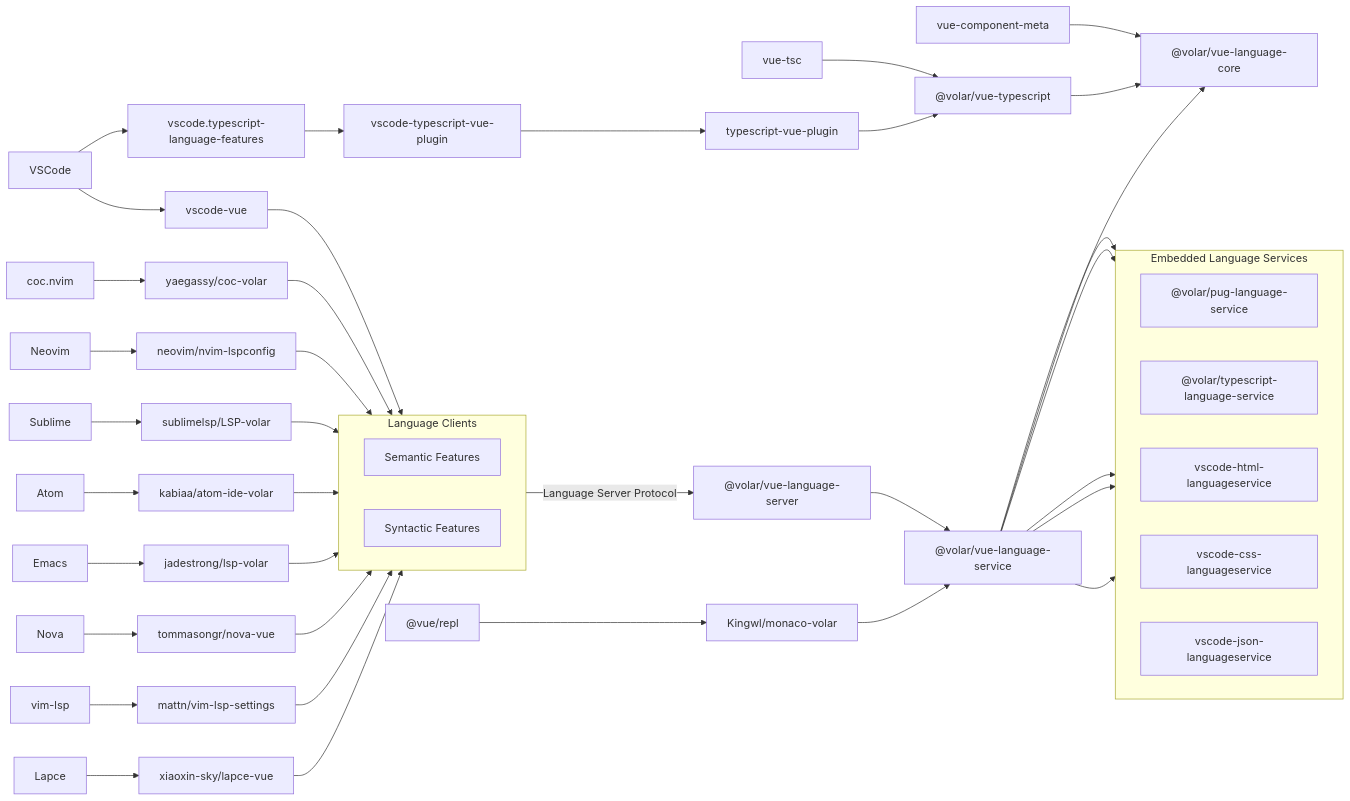
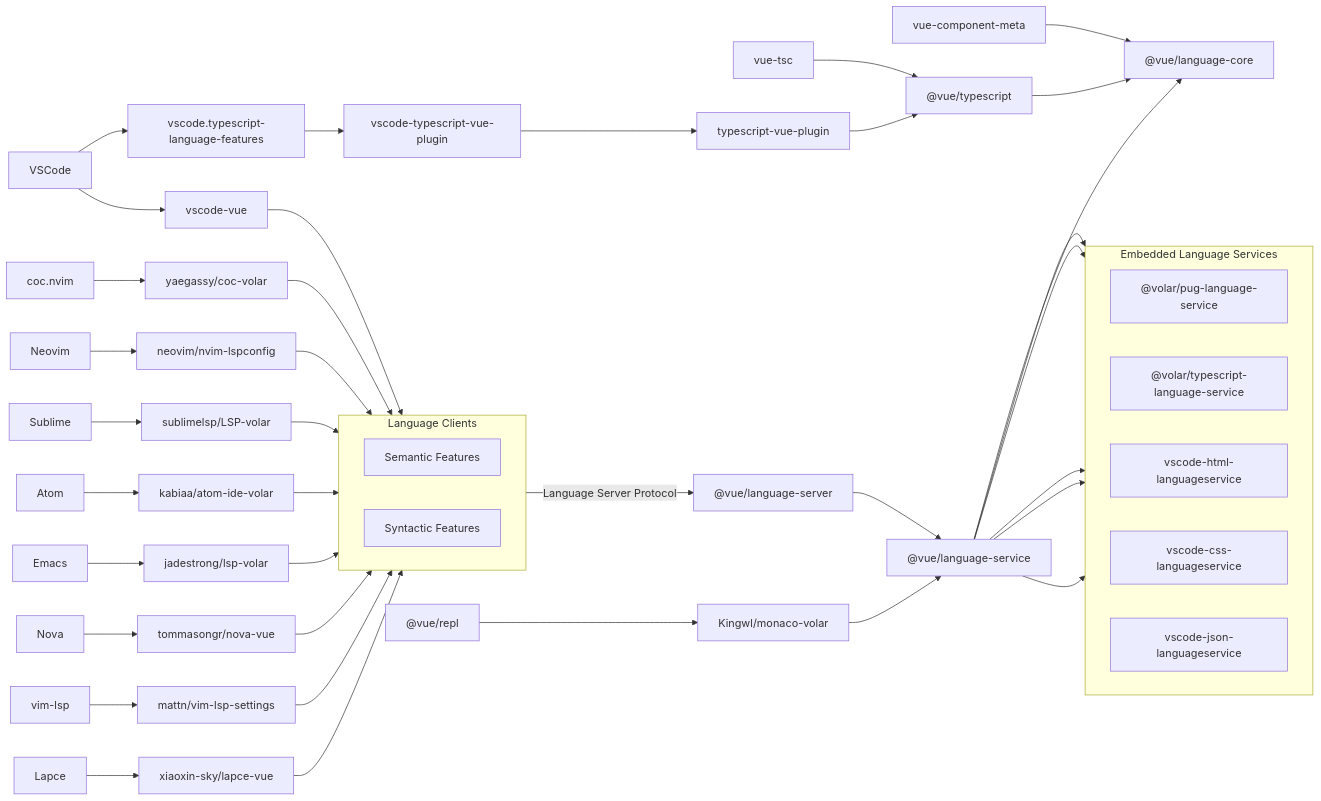
Before and after one commit to vuejs/language-tools: the diagram in README.md, drawn with Mermaid. The commit also changed 39 other files, not shown here.

Commit message:
refactor: Renaming packages from `@volar/vue-*` to `@vue/*` (#3134)

```diff
--- a/README.md
+++ b/README.md
@@ -115,10 +115,10 @@
 	click VSC_TSVP "https://github.com/vuejs/language-tools/tree/master/packages/vscode-typescript-vue-plugin"
 
 	%% Volar - Packages
-	VOLAR_VUE_SERVER["@volar/vue-language-server"]
-	VOLAR_VUE_TS["@volar/vue-typescript"]
-	VOLAR_VUE_CORE["@volar/vue-language-core"]
-	VOLAR_VUE_SERVICE["@volar/vue-language-service"]
+	VOLAR_VUE_SERVER["@vue/language-server"]
+	VOLAR_VUE_TS["@vue/typescript"]
+	VOLAR_VUE_CORE["@vue/language-core"]
+	VOLAR_VUE_SERVICE["@vue/language-service"]
 	VOLAR_PUG_SERVICE["@volar/pug-language-service"]
 	VOLAR_TS_SERVICE["@volar/typescript-language-service"]
 	VUE_TSC[vue-tsc]
```
